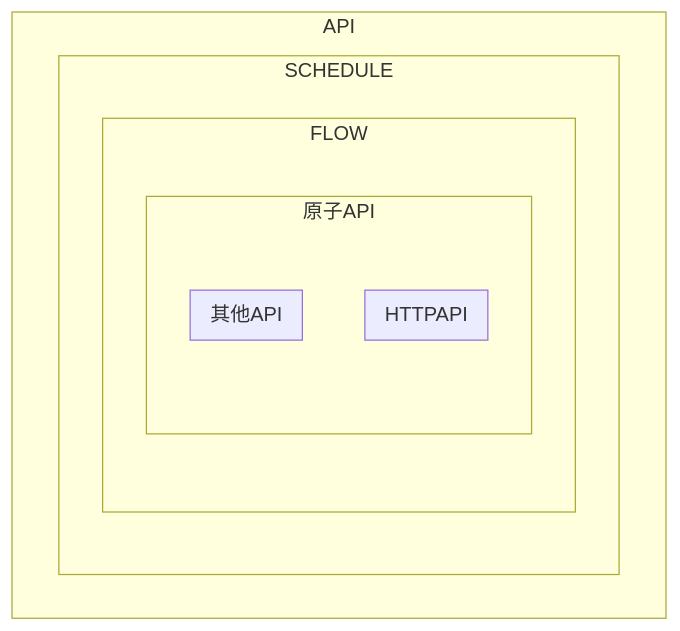
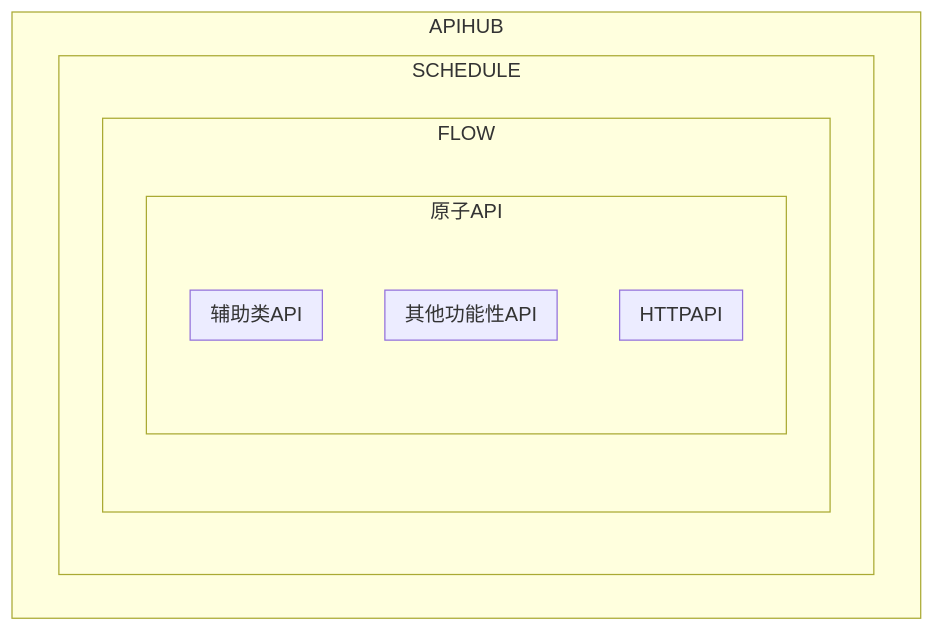
The first of 4 diagrams in doc/cn/base.md (jasony62/tms-go-apihub), drawn with Mermaid before and after one commit. The commit also changed 9 other files, not shown here.

````diff
--- a/doc/cn/base.md
+++ b/doc/cn/base.md
@@ -5,15 +5,17 @@
 ```mermaid
 graph TB
-    subgraph API
+    subgraph APIHUB
         subgraph SCHEDULE
         subgraph FLOW
             subgraph 原子API
                 subgraph HTTPAPI
                 end      
-                subgraph 其他API
+                subgraph 其他功能性API
+                end          
+                subgraph 辅助类API
                 end                                   
             end          
         end                
     end
 end
 ```
````
